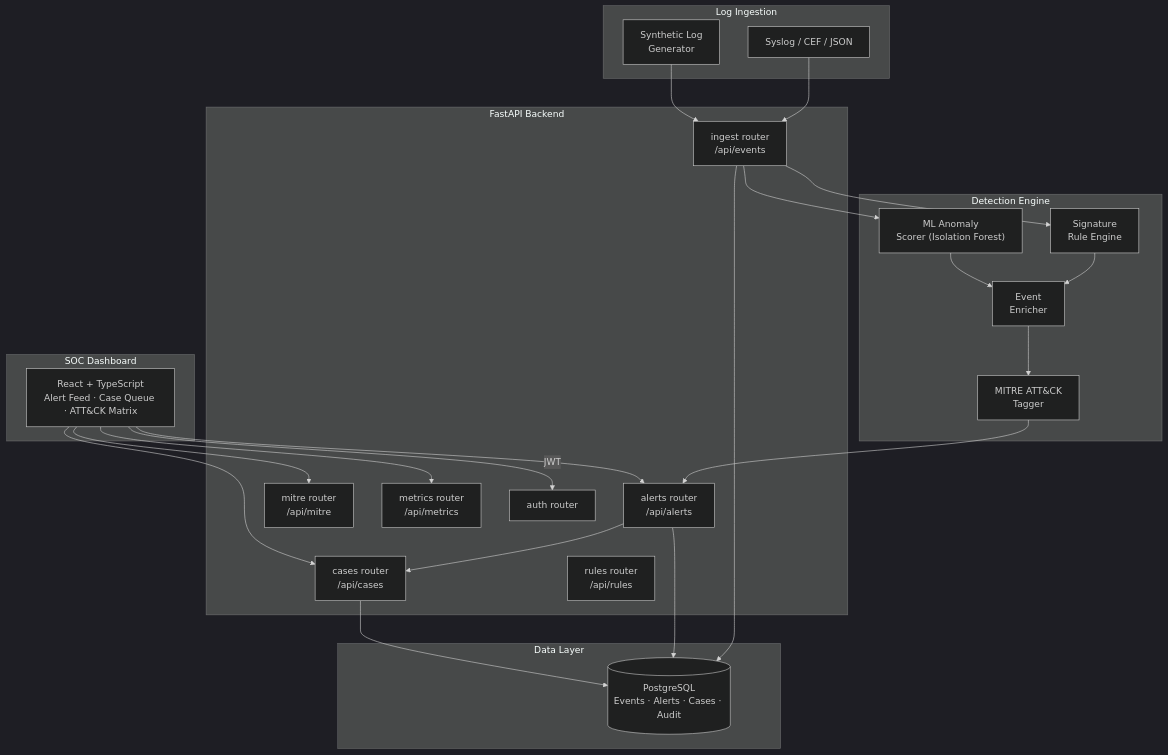
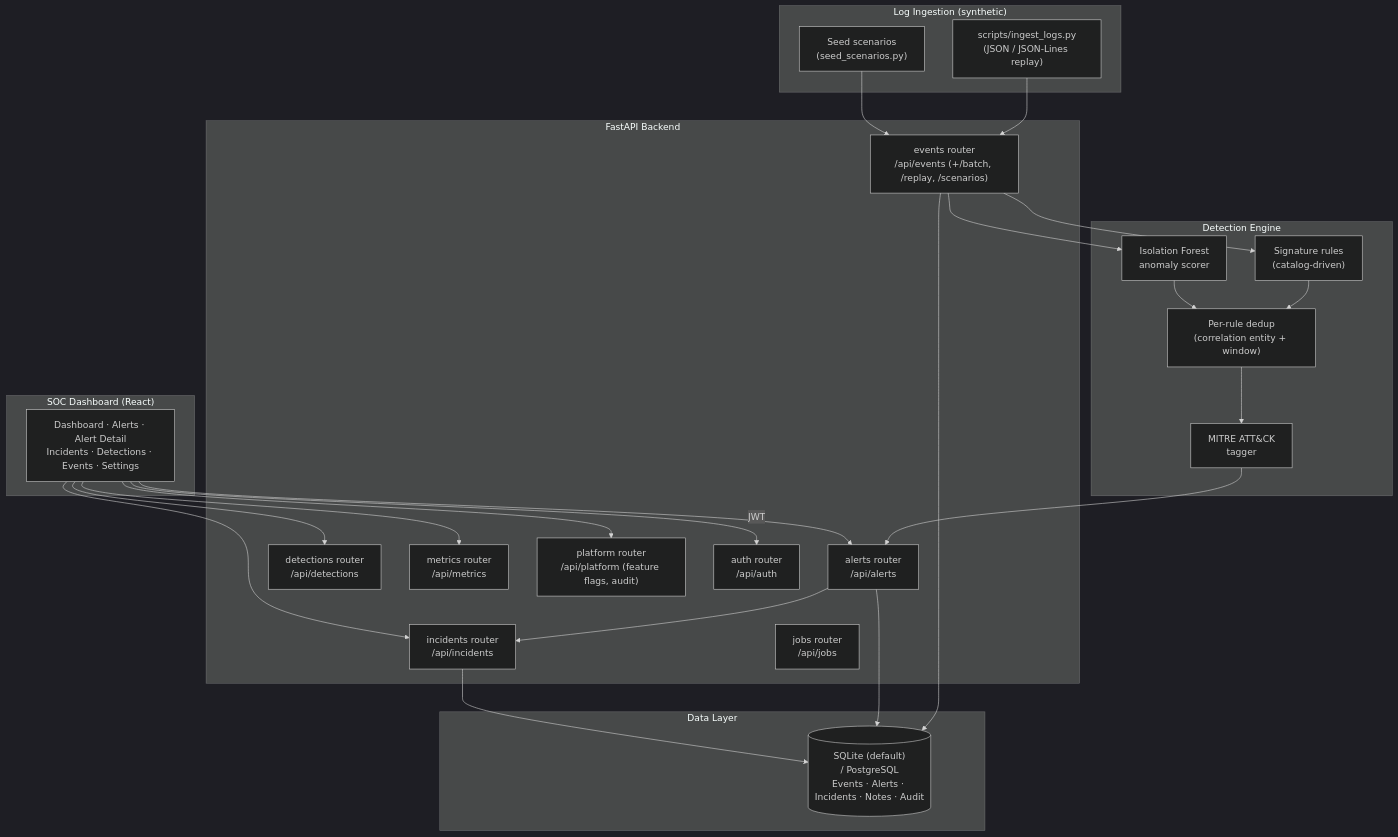
One commit to RyanJBush/SOC-threat-detection-platform changed the diagram in README.md. Above: the diagram before and after it, drawn with Mermaid (dark theme). The commit also changed other lines of this file and 5 other files, not shown here.

````diff
--- a/README.md
+++ b/README.md
@@ -32,42 +84,41 @@
 ```mermaid
 flowchart TD
-    subgraph Ingestion["Log Ingestion"]
-        SYSLOG["Syslog / CEF / JSON"]
-        SYNTH["Synthetic Log\nGenerator"]
+    subgraph Ingestion["Log Ingestion (synthetic)"]
+        REPLAY["scripts/ingest_logs.py\n(JSON / JSON-Lines replay)"]
+        SEED["Seed scenarios\n(seed_scenarios.py)"]
     end
 
     subgraph API["FastAPI Backend"]
-        R_INGEST["ingest router\n/api/events"]
+        R_EVENTS["events router\n/api/events (+/batch, /replay, /scenarios)"]
         R_ALERTS["alerts router\n/api/alerts"]
-        R_CASES["cases router\n/api/cases"]
-        R_MITRE["mitre router\n/api/mitre"]
-        R_RULES["rules router\n/api/rules"]
+        R_DETECT["detections router\n/api/detections"]
+        R_INC["incidents router\n/api/incidents"]
+        R_JOBS["jobs router\n/api/jobs"]
         R_METRICS["metrics router\n/api/metrics"]
-        R_AUTH["auth router"]
+        R_PLAT["platform router\n/api/platform (feature flags, audit)"]
+        R_AUTH["auth router\n/api/auth"]
     end
 
     subgraph Detection["Detection Engine"]
-        RULES_ENGINE["Signature\nRule Engine"]
-        ML_SCORE["ML Anomaly\nScorer (Isolation Forest)"]
-        MITRE_MAP["MITRE ATT&CK\nTagger"]
-        ENRICHER["Event\nEnricher"]
+        RULES["Signature rules\n(catalog-driven)"]
+        ML["Isolation Forest\nanomaly scorer"]
+        MITRE["MITRE ATT&CK\ntagger"]
+        DEDUP["Per-rule dedup\n(correlation entity + window)"]
     end
 
     subgraph Data["Data Layer"]
-        PG[("PostgreSQL\nEvents · Alerts · Cases · Audit")]
+        DB[("SQLite (default)\n/ PostgreSQL\nEvents · Alerts · Incidents · Notes · Audit")]
     end
 
-    subgraph UI["SOC Dashboard"]
-        DASH["React + TypeScript\nAlert Feed · Case Queue · ATT&CK Matrix"]
+    subgraph UI["SOC Dashboard (React)"]
+        DASH["Dashboard · Alerts · Alert Detail\nIncidents · Detections · Events · Settings"]
     end
 
-    SYSLOG & SYNTH --> R_INGEST
-    R_INGEST --> RULES_ENGINE & ML_SCORE
-    RULES_ENGINE & ML_SCORE --> ENRICHER
-    ENRICHER --> MITRE_MAP
-    MITRE_MAP --> R_ALERTS
-    R_ALERTS --> R_CASES
-    R_INGEST & R_ALERTS & R_CASES --> PG
+    REPLAY & SEED --> R_EVENTS
+    R_EVENTS --> RULES & ML
+    RULES & ML --> DEDUP --> MITRE --> R_ALERTS
+    R_ALERTS --> R_INC
+    R_EVENTS & R_ALERTS & R_INC --> DB
     DASH -->|"JWT"| R_AUTH
-    DASH --> R_ALERTS & R_CASES & R_MITRE & R_METRICS
+    DASH --> R_ALERTS & R_INC & R_DETECT & R_METRICS & R_PLAT
 ```
````
